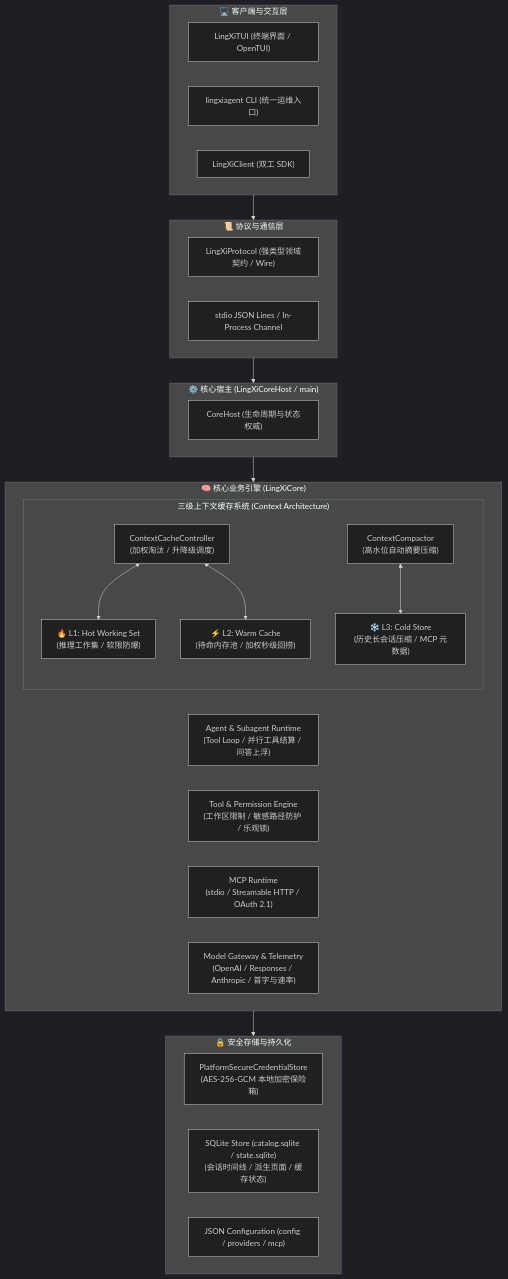
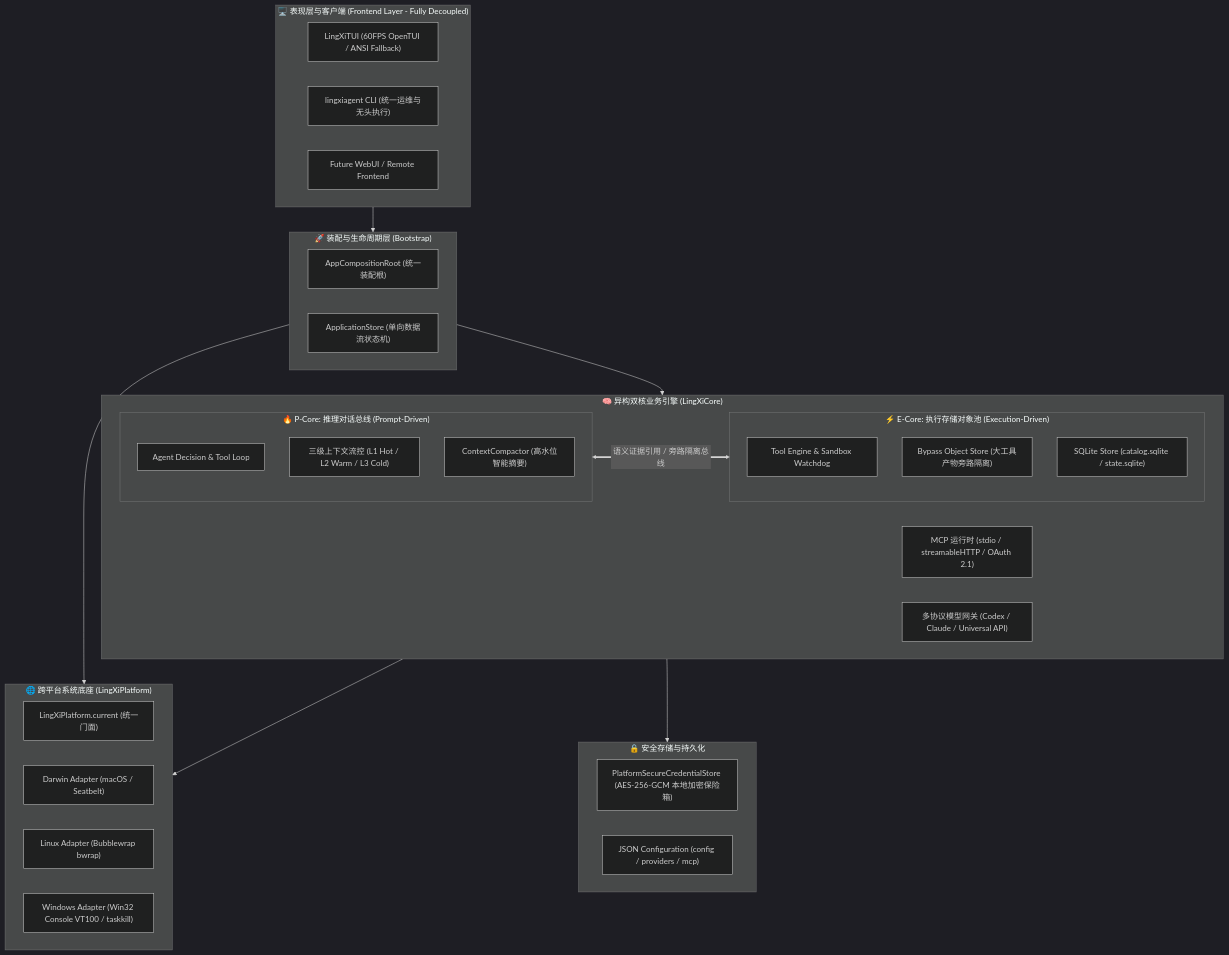
Before and after one commit to LingXiFox/LingXiAgent: the first of 2 diagrams in README.md, drawn with Mermaid (dark theme). The commit also changed other lines of this file, not shown here.

Commit message:
docs: overhaul README with dual-core architecture, decoupling, cross-platform and compliance beian

````diff
--- a/README.md
+++ b/README.md
@@ -51,47 +71,49 @@
 ```mermaid
 flowchart TD
-    subgraph UI_Layer["🖥️ 客户端与交互层"]
-        TUI["LingXiTUI (终端界面 / OpenTUI)"]
-        CLI["lingxiagent CLI (统一运维入口)"]
-        Client["LingXiClient (双工 SDK)"]
+    subgraph UI_Layer["🖥️ 表现层与客户端 (Frontend Layer - Fully Decoupled)"]
+        TUI["LingXiTUI (60FPS OpenTUI / ANSI Fallback)"]
+        CLI["lingxiagent CLI (统一运维与无头执行)"]
+        WebClient["Future WebUI / Remote Frontend"]
     end
 
-    subgraph Protocol_Layer["📜 协议与通信层"]
-        Protocol["LingXiProtocol (强类型领域契约 / Wire)"]
-        StdioIPC["stdio JSON Lines / In-Process Channel"]
+    subgraph Bootstrap_Layer["🚀 装配与生命周期层 (Bootstrap)"]
+        Root["AppCompositionRoot (统一装配根)"]
+        Store["ApplicationStore (单向数据流状态机)"]
     end
 
-    subgraph Core_Host["⚙️ 核心宿主 (LingXiCoreHost / main)"]
-        Host["CoreHost (生命周期与状态权威)"]
+    subgraph Platform_Layer["🌐 跨平台系统底座 (LingXiPlatform)"]
+        PlatformFacade["LingXiPlatform.current (统一门面)"]
+        DarwinAdapter["Darwin Adapter (macOS / Seatbelt)"]
+        LinuxAdapter["Linux Adapter (Bubblewrap bwrap)"]
+        WindowsAdapter["Windows Adapter (Win32 Console VT100 / taskkill)"]
     end
 
-    subgraph Core_Engines["🧠 核心业务引擎 (LingXiCore)"]
-        AgentEngine["Agent & Subagent Runtime\n(Tool Loop / 并行工具结算 / 问答上浮)"]
-        
-        subgraph Context_System["三级上下文缓存系统 (Context Architecture)"]
-            L1["🔥 L1: Hot Working Set\n(推理工作集 / 软限防爆)"]
-            L2["⚡ L2: Warm Cache\n(待命内存池 / 加权秒级回捞)"]
-            L3["❄️ L3: Cold Store\n(历史长会话压缩 / MCP 元数据)"]
-            CacheCtrl["ContextCacheController\n(加权淘汰 / 升降级调度)"]
-            Compactor["ContextCompactor\n(高水位自动摘要压缩)"]
+    subgraph Core_Engines["🧠 异构双核业务引擎 (LingXiCore)"]
+        subgraph P_Core["🔥 P-Core: 推理对话总线 (Prompt-Driven)"]
+            ReasoningLoop["Agent Decision & Tool Loop"]
+            ContextCtrl["三级上下文流控 (L1 Hot / L2 Warm / L3 Cold)"]
+            Compactor["ContextCompactor (高水位智能摘要)"]
         end
 
-        ToolRuntime["Tool & Permission Engine\n(工作区限制 / 敏感路径防护 / 乐观锁)"]
-        MCPRuntime["MCP Runtime\n(stdio / Streamable HTTP / OAuth 2.1)"]
-        ModelGateway["Model Gateway & Telemetry\n(OpenAI / Responses / Anthropic / 首字与速率)"]
+        subgraph E_Core["⚡ E-Core: 执行存储对象池 (Execution-Driven)"]
+            ToolRuntime["Tool Engine & Sandbox Watchdog"]
+            ObjectStore["Bypass Object Store (大工具产物旁路隔离)"]
+            StateDB["SQLite Store (catalog.sqlite / state.sqlite)"]
+        end
+
+        MCPRuntime["MCP 运行时 (stdio / streamableHTTP / OAuth 2.1)"]
+        ModelGateway["多协议模型网关 (Codex / Claude / Universal API)"]
     end
 
     subgraph Persistence["🔒 安全存储与持久化"]
-        Vault["PlatformSecureCredentialStore\n(AES-256-GCM 本地加密保险箱)"]
-        SQLiteState["SQLite Store (catalog.sqlite / state.sqlite)\n(会话时间线 / 派生页面 / 缓存状态)"]
+        Vault["PlatformSecureCredentialStore (AES-256-GCM 本地加密保险箱)"]
         ConfigJSON["JSON Configuration (config / providers / mcp)"]
     end
 
-    UI_Layer --> Protocol_Layer
-    Protocol_Layer --> Core_Host
-    Core_Host --> Core_Engines
+    UI_Layer --> Bootstrap_Layer
+    Bootstrap_Layer --> Platform_Layer
+    Bootstrap_Layer --> Core_Engines
+    Core_Engines --> Platform_Layer
     Core_Engines --> Persistence
-    CacheCtrl <--> L1
-    CacheCtrl <--> L2
-    Compactor <--> L3
+    P_Core <== "语义证据引用 / 旁路隔离总线" ==> E_Core
 ```
````
